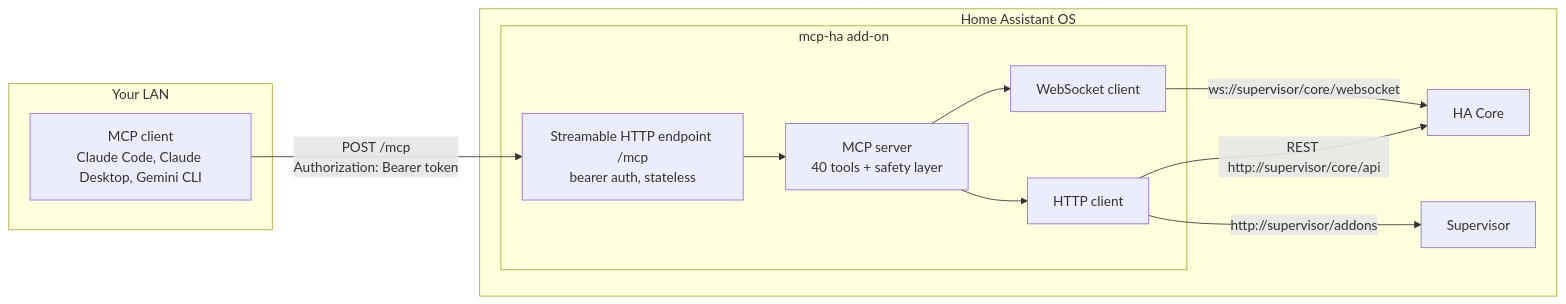
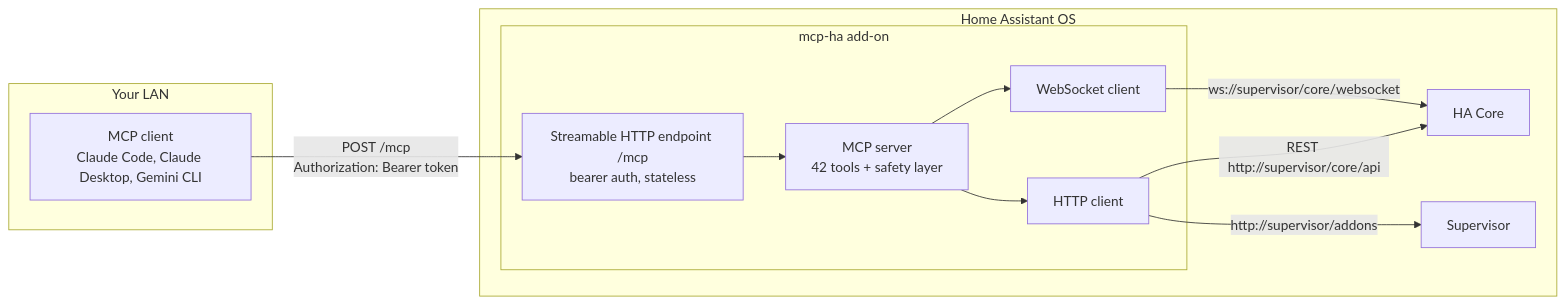
The first of 3 diagrams in docs/reference/architecture.md (Devitek/mcp-ha), drawn with Mermaid before and after one commit. The commit also changed 21 other files, not shown here.

````diff
--- a/docs/reference/architecture.md
+++ b/docs/reference/architecture.md
@@ -7,23 +7,23 @@
 ```mermaid
 flowchart LR
   subgraph lan["Your LAN"]
     C["MCP client<br/>Claude Code, Claude Desktop, Gemini CLI"]
   end
   subgraph haos["Home Assistant OS"]
     subgraph addon["mcp-ha add-on"]
       T["Streamable HTTP endpoint /mcp<br/>bearer auth, stateless"]
-      S["MCP server<br/>40 tools + safety layer"]
+      S["MCP server<br/>42 tools + safety layer"]
       W["WebSocket client"]
       H["HTTP client"]
       T --> S
       S --> W
       S --> H
     end
     CORE["HA Core"]
     SUP["Supervisor"]
     W -->|"ws://supervisor/core/websocket"| CORE
     H -->|"REST http://supervisor/core/api"| CORE
     H -->|"http://supervisor/addons"| SUP
   end
   C -->|"POST /mcp<br/>Authorization: Bearer token"| T
 ```
````
